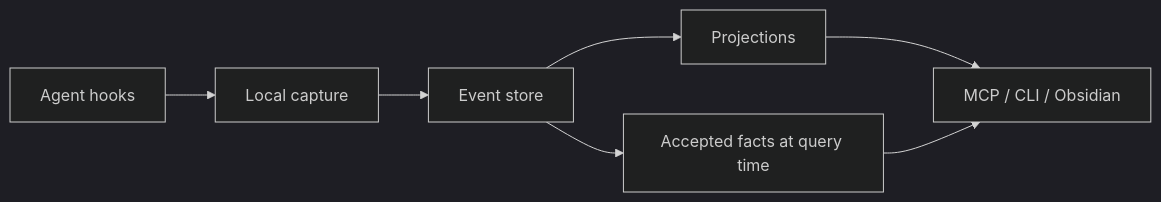
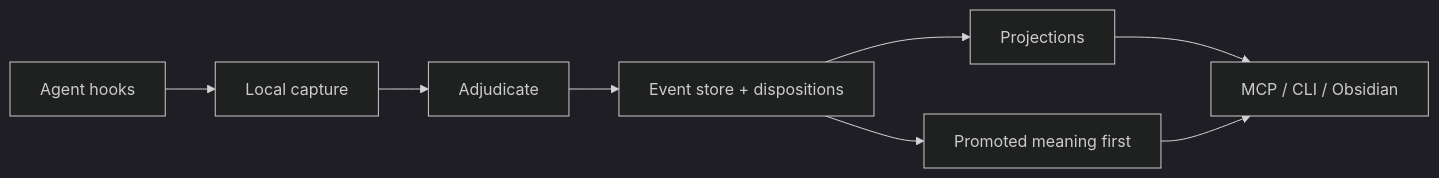
The third of 3 diagrams in README.md (innocarpe/CarpeOS), drawn with Mermaid (dark theme) before and after one commit. The commit also changed other lines of this file and 1 other file, not shown here.

````diff
--- a/README.md
+++ b/README.md
@@ -153,9 +179,10 @@
 ```mermaid
 flowchart LR
   A[Agent hooks] --> B[Local capture]
-  B --> C[Event store]
-  C --> D[Accepted facts at query time]
+  B --> J[Adjudicate]
+  J --> C[Event store + dispositions]
+  C --> D[Promoted meaning first]
   C --> E[Projections]
   E --> F[MCP / CLI / Obsidian]
   D --> F
 ```
````
